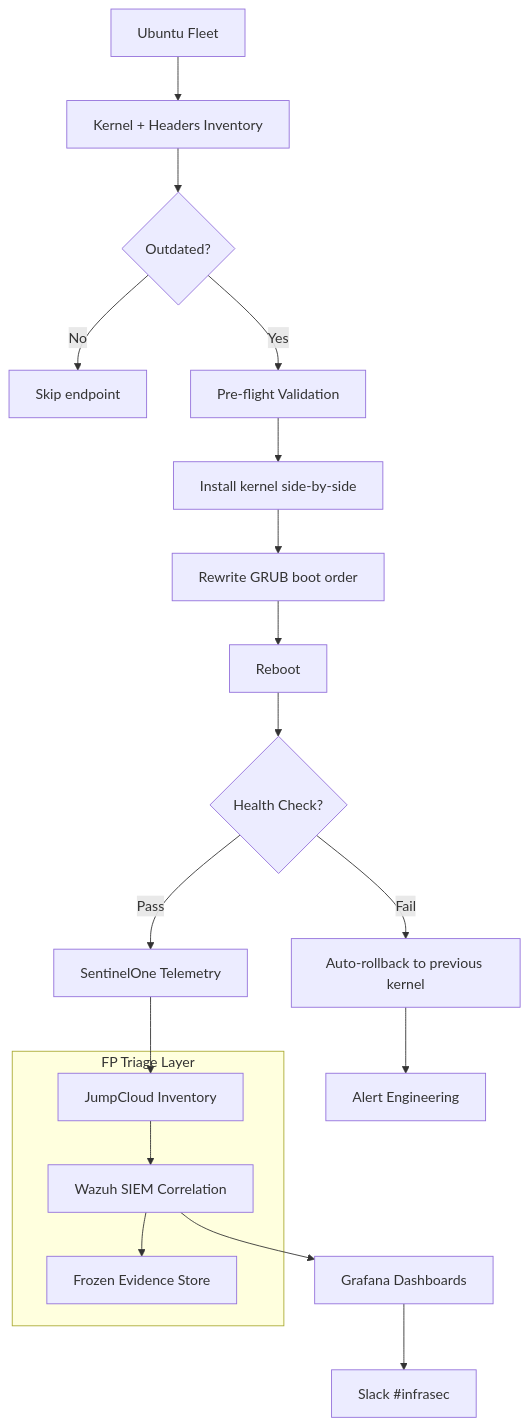
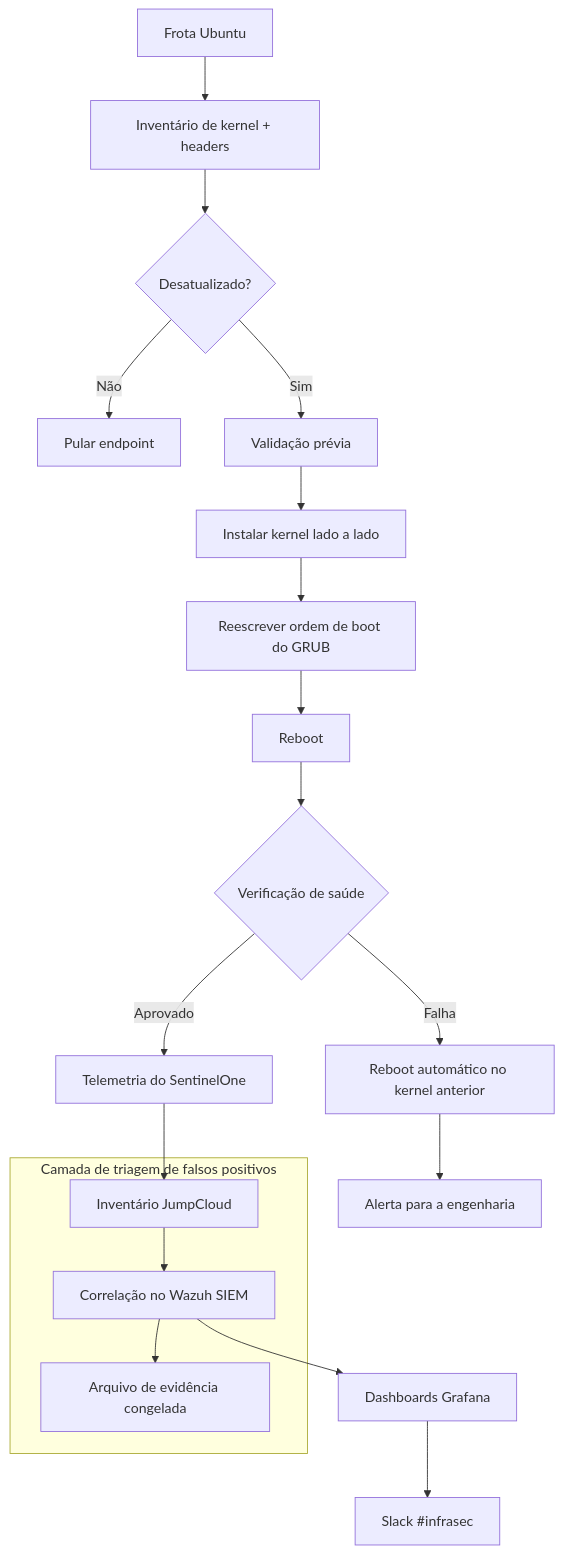
Before and after one commit to CHDevSec/portfolio: the diagram in src/content/projects/pt/linux-vuln-reduction.mdx, drawn with Mermaid. The commit also changed other lines of this file and 169 other files, not shown here.

````diff
--- a/src/content/projects/pt/linux-vuln-reduction.mdx
+++ b/src/content/projects/pt/linux-vuln-reduction.mdx
@@ -41,26 +71,26 @@
 ```mermaid
 flowchart TB
-    A[Ubuntu Fleet] --> B[Kernel + Headers Inventory]
-    B --> C{Outdated?}
-    C -->|No| Z[Skip endpoint]
-    C -->|Yes| D[Pre-flight Validation]
-    D --> E[Install kernel side-by-side]
-    E --> F[Rewrite GRUB boot order]
+    A[Frota Ubuntu] --> B[Inventário de kernel + headers]
+    B --> C{Desatualizado?}
+    C -->|Não| Z[Pular endpoint]
+    C -->|Sim| D[Validação prévia]
+    D --> E[Instalar kernel lado a lado]
+    E --> F[Reescrever ordem de boot do GRUB]
     F --> G[Reboot]
-    G --> H{Health Check?}
-    H -->|Fail| I[Auto-rollback to previous kernel]
-    H -->|Pass| J[SentinelOne Telemetry]
+    G --> H{Verificação de saúde}
+    H -->|Falha| I[Reboot automático no kernel anterior]
+    H -->|Aprovado| J[Telemetria do SentinelOne]
 
-    subgraph Triage [FP Triage Layer]
-    K[JumpCloud Inventory]
-    L[Wazuh SIEM Correlation]
-    M[Frozen Evidence Store]
+    subgraph Triage [Camada de triagem de falsos positivos]
+    K[Inventário JumpCloud]
+    L[Correlação no Wazuh SIEM]
+    M[Arquivo de evidência congelada]
     end
 
     J --> K
     K --> L
     L --> M
-    L --> N[Grafana Dashboards]
+    L --> N[Dashboards Grafana]
     N --> O[Slack #infrasec]
-    I --> P[Alert Engineering]
+    I --> P[Alerta para a engenharia]
 ```
````
